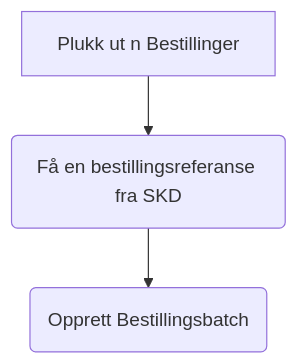
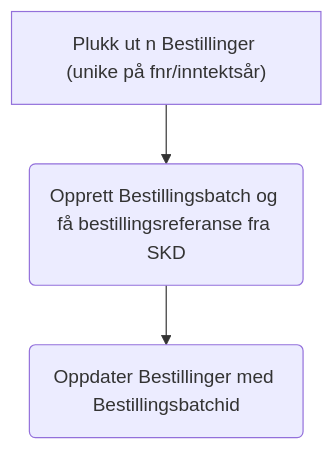
One commit to navikt/sokos-skattekort changed the sixth of 12 diagrams in README.md. Above: the diagram before and after it, drawn with Mermaid. The commit also changed 1 other file, not shown here.

Commit message:
Flikking

````diff
--- a/README.md
+++ b/README.md
@@ -232,4 +232,4 @@
 ```mermaid
 flowchart TD
-    B[Plukk ut n Bestillinger] --> SKD(Få en bestillingsreferanse fra SKD) --> BB(Opprett Bestillingsbatch)
+    B["Plukk ut n Bestillinger (unike på fnr/inntektsår)"] --> BB(Opprett Bestillingsbatch og få bestillingsreferanse fra SKD) --> OB(Oppdater Bestillinger med Bestillingsbatchid)
 ```
````
